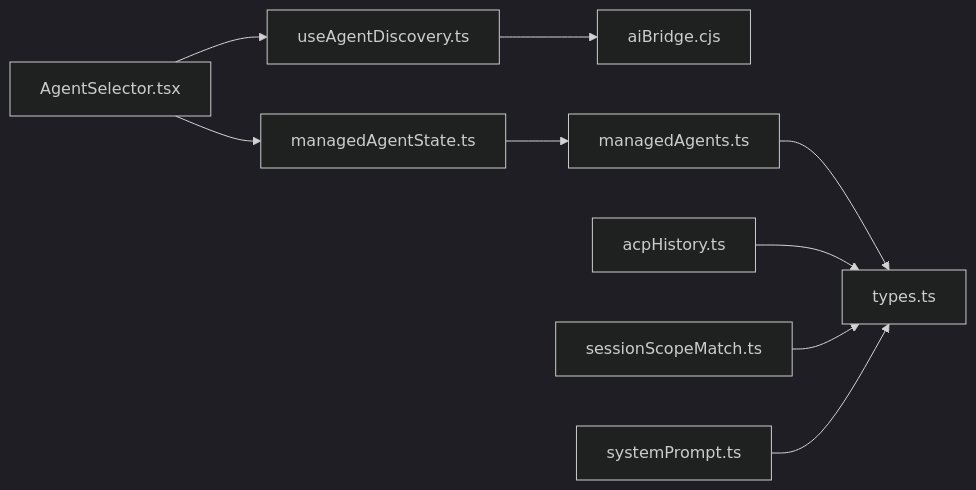
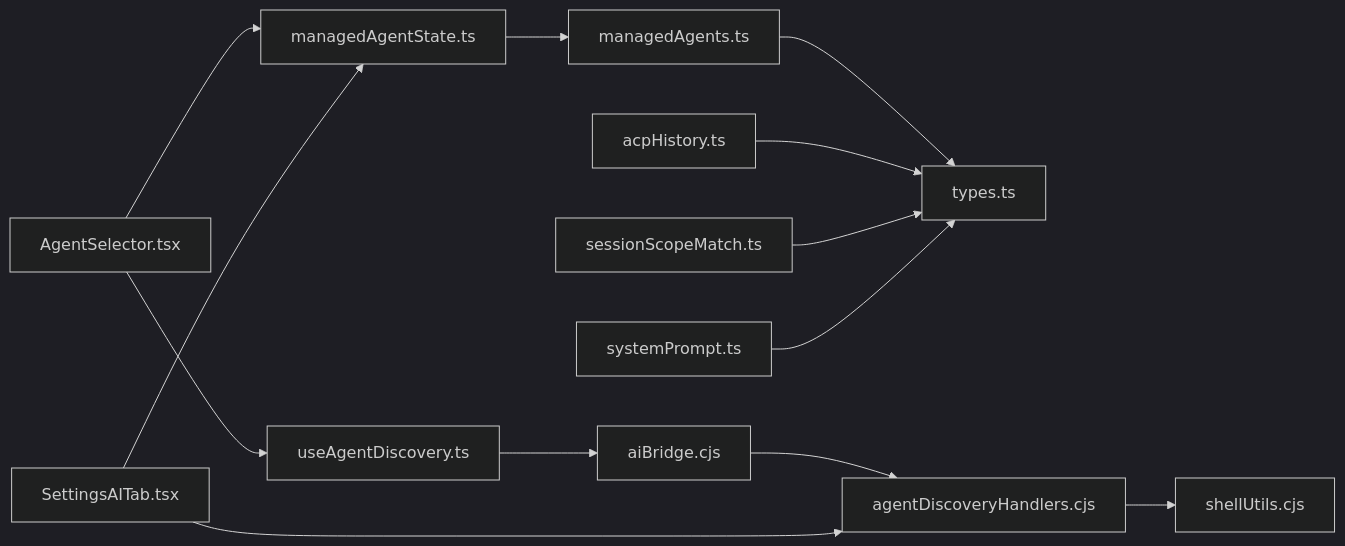
Diagram 11 of 11 in .qoder/repowiki/zh/content/用户指南/AI代理集成/代理管理.md (szeiyou/Netcatty), drawn with Mermaid (dark theme) before and after one commit. The commit also changed other lines of this file and 8 other files, not shown here.

````diff
--- a/.qoder/repowiki/zh/content/用户指南/AI代理集成/代理管理.md
+++ b/.qoder/repowiki/zh/content/用户指南/AI代理集成/代理管理.md
@@ -324,11 +421,15 @@
 ```mermaid
 graph LR
 UI["AgentSelector.tsx"] --> Hook["useAgentDiscovery.ts"]
 Hook --> Bridge["aiBridge.cjs"]
 UI --> MAS["managedAgentState.ts"]
 MAS --> MA["managedAgents.ts"]
 MA --> T["types.ts"]
 AH["acpHistory.ts"] --> T
 SSM["sessionScopeMatch.ts"] --> T
 SP["systemPrompt.ts"] --> T
+Bridge --> ADH["agentDiscoveryHandlers.cjs"]
+ADH --> SU["shellUtils.cjs"]
+SIAT["SettingsAITab.tsx"] --> MAS
+SIAT --> ADH
 ```
````
